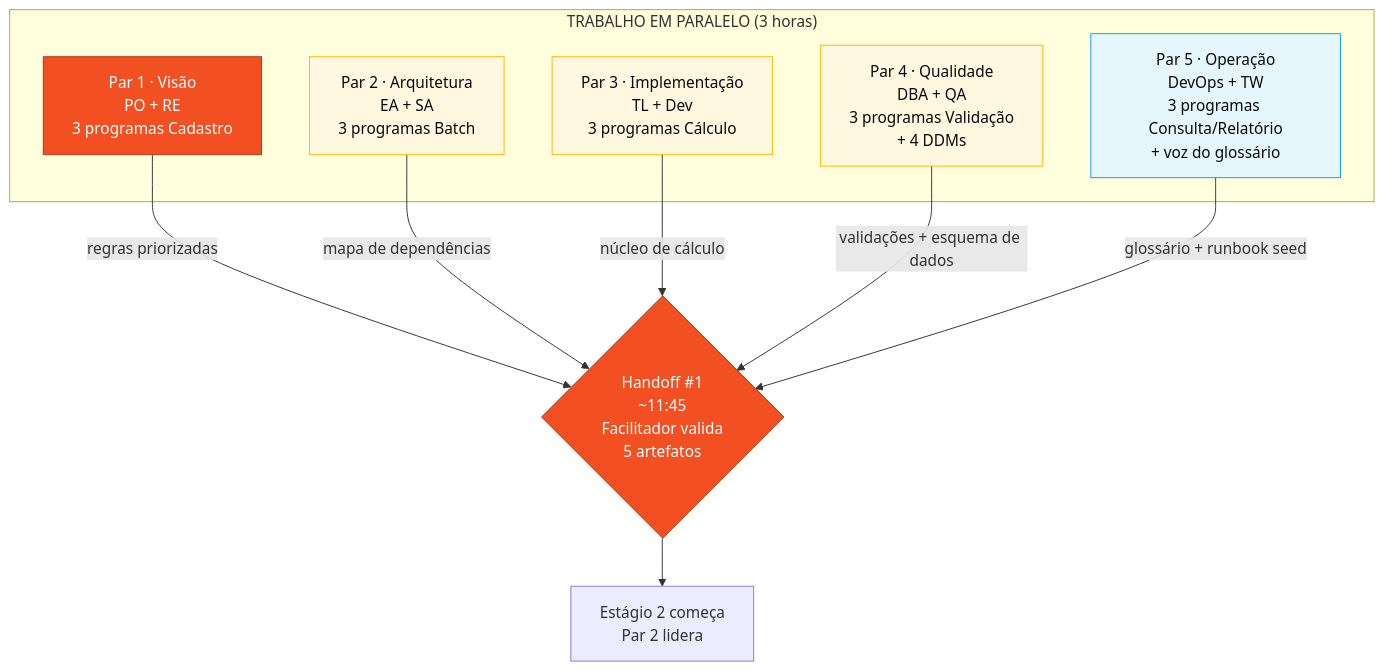
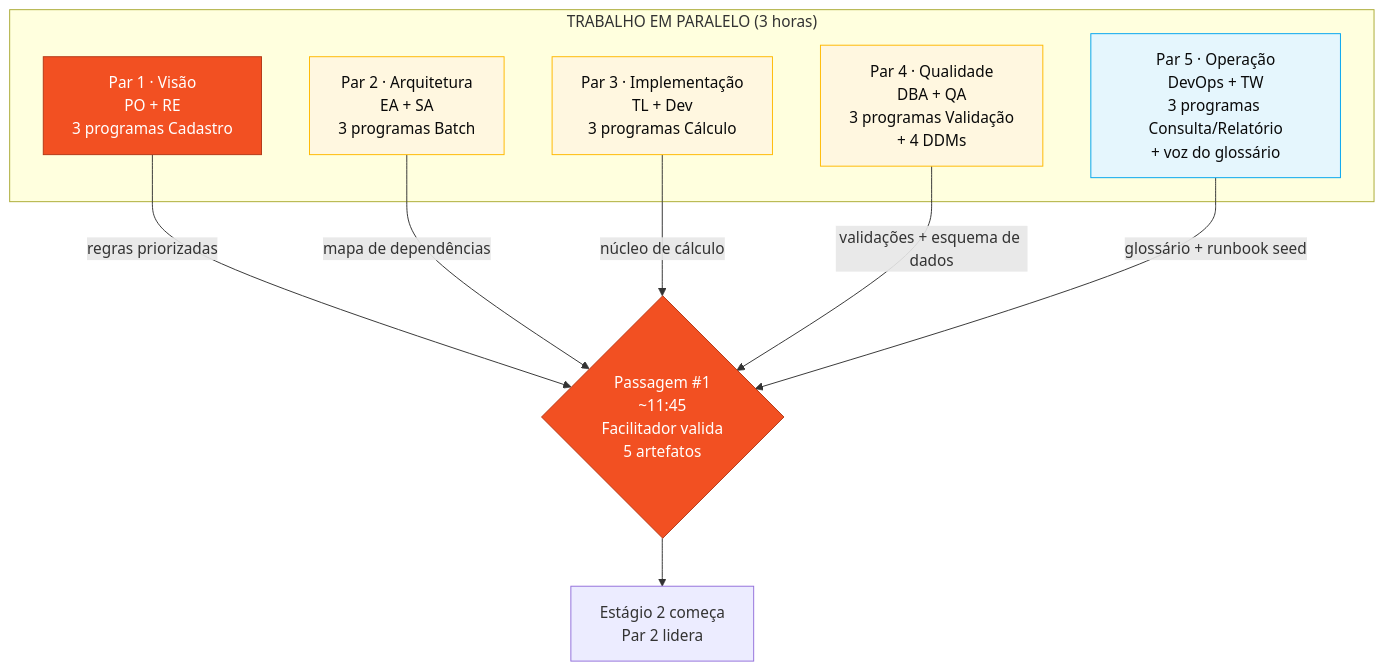
Before and after one commit to paulasilvatech/hackathon-datacorp-team-kit: the second of 2 diagrams in pt-br/01-arqueologia/GUIDE.md, drawn with Mermaid. The commit also changed other lines of this file and 172 other files, not shown here.

````diff
--- a/pt-br/01-arqueologia/GUIDE.md
+++ b/pt-br/01-arqueologia/GUIDE.md
@@ -43,23 +43,23 @@
 ```mermaid
 flowchart TB
  classDef lead fill:#F25022,stroke:#B33816,color:#fff
  classDef support fill:#FFF7E0,stroke:#FFB900,color:#0A0A0A
  classDef writing fill:#E5F6FD,stroke:#00A4EF,color:#0A0A0A
 
  subgraph PARALLEL["TRABALHO EM PARALELO (3 horas)"]
  P1[Par 1 · Visão<br/>PO + RE<br/>3 programas Cadastro]:::lead
  P2[Par 2 · Arquitetura<br/>EA + SA<br/>3 programas Batch]:::support
  P3[Par 3 · Implementação<br/>TL + Dev<br/>3 programas Cálculo]:::support
  P4[Par 4 · Qualidade<br/>DBA + QA<br/>3 programas Validação<br/>+ 4 DDMs]:::support
  P5[Par 5 · Operação<br/>DevOps + TW<br/>3 programas Consulta/Relatório<br/>+ voz do glossário]:::writing
  end
 
  P1 -- regras priorizadas --> H1
  P2 -- mapa de dependências --> H1
  P3 -- núcleo de cálculo --> H1
  P4 -- validações + esquema de dados --> H1
  P5 -- glossário + runbook seed --> H1
 
- H1{Handoff #1<br/>~11:45<br/>Facilitador valida<br/>5 artefatos}:::lead
+ H1{Passagem #1<br/>~11:45<br/>Facilitador valida<br/>5 artefatos}:::lead
  H1 --> S2[Estágio 2 começa<br/>Par 2 lidera]
 ```
````
